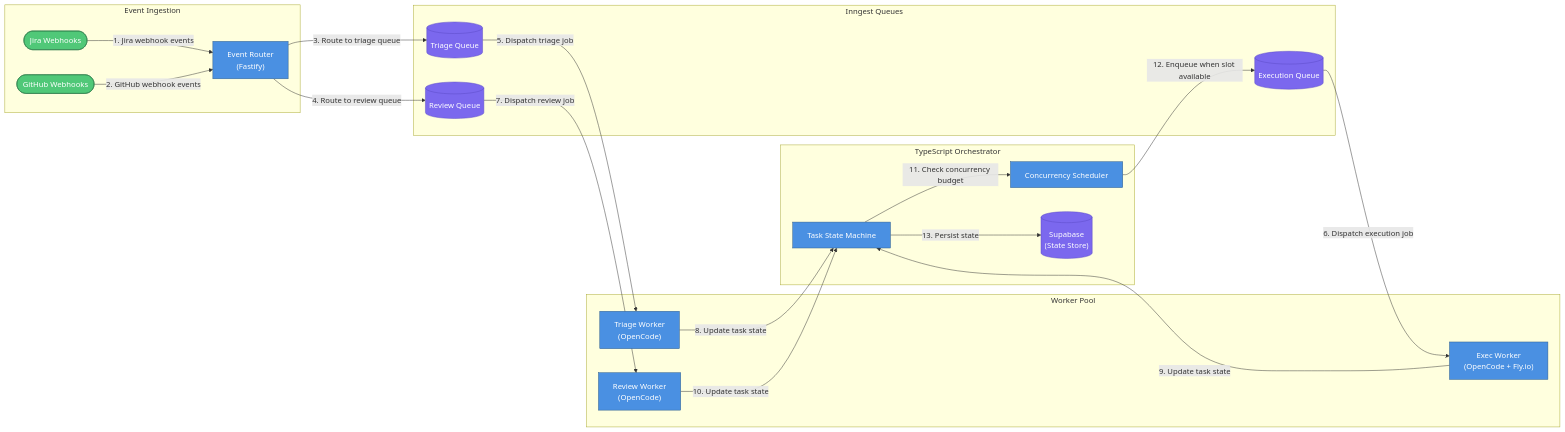
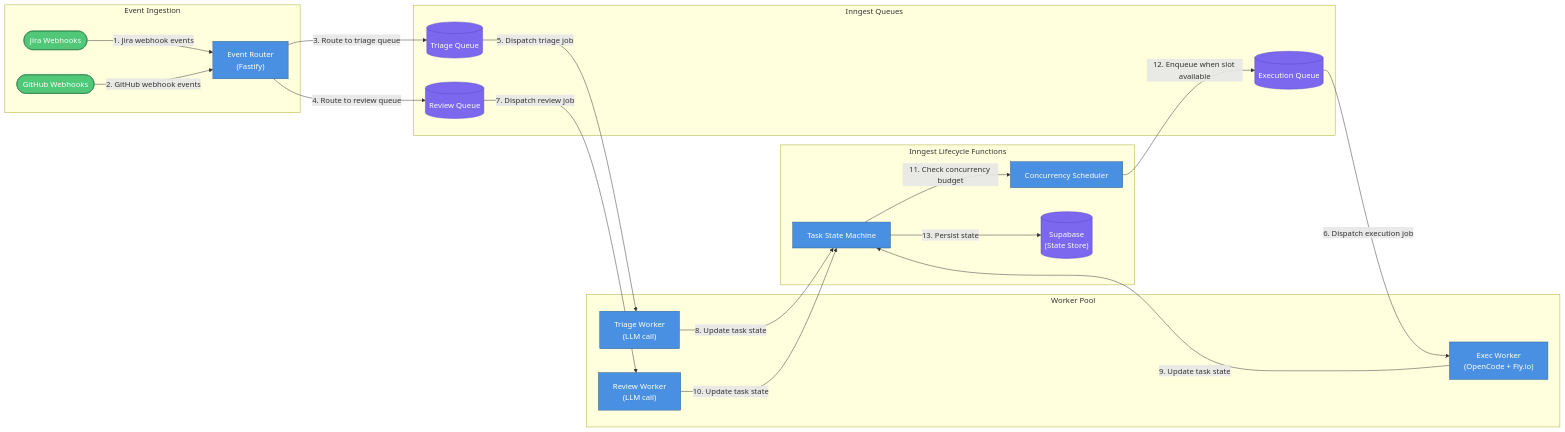
Before and after one commit to viiqswim/dozaldevs-ai-employee: the ninth of 15 diagrams in docs/2026-03-22-2317-ai-employee-architecture.md, drawn with Mermaid. The commit also changed other lines of this file, not shown here.

First line of the commit message:
docs: clarify orchestrator as Inngest step functions

````diff
--- a/docs/2026-03-22-2317-ai-employee-architecture.md
+++ b/docs/2026-03-22-2317-ai-employee-architecture.md
@@ -900,44 +900,44 @@
 ```mermaid
 graph LR
     subgraph Event Ingestion
         WH1(["Jira Webhooks"]):::event
         WH2(["GitHub Webhooks"]):::event
         ROUTER["Event Router\n(Fastify)"]:::service
     end
 
     subgraph Inngest Queues
         Q_TRIAGE[("Triage Queue")]:::storage
         Q_EXEC[("Execution Queue")]:::storage
         Q_REVIEW[("Review Queue")]:::storage
     end
 
-    subgraph TypeScript Orchestrator
+    subgraph Inngest Lifecycle Functions
         SM["Task State Machine"]:::service
         SCHED["Concurrency Scheduler"]:::service
         SUPABASE[("Supabase\n(State Store)")]:::storage
     end
 
     subgraph Worker Pool
-        T1["Triage Worker\n(OpenCode)"]:::service
+        T1["Triage Worker\n(LLM call)"]:::service
         E1["Exec Worker\n(OpenCode + Fly.io)"]:::service
-        R1["Review Worker\n(OpenCode)"]:::service
+        R1["Review Worker\n(LLM call)"]:::service
     end
 
     WH1 -->|"1. Jira webhook events"| ROUTER
     WH2 -->|"2. GitHub webhook events"| ROUTER
     ROUTER -->|"3. Route to triage queue"| Q_TRIAGE
     ROUTER -->|"4. Route to review queue"| Q_REVIEW
     Q_TRIAGE -->|"5. Dispatch triage job"| T1
     Q_EXEC -->|"6. Dispatch execution job"| E1
     Q_REVIEW -->|"7. Dispatch review job"| R1
     T1 -->|"8. Update task state"| SM
     E1 -->|"9. Update task state"| SM
     R1 -->|"10. Update task state"| SM
     SM -->|"11. Check concurrency budget"| SCHED
     SCHED -->|"12. Enqueue when slot available"| Q_EXEC
     SM -->|"13. Persist state"| SUPABASE
 
     classDef service fill:#4A90E2,stroke:#2E5C8A,color:#fff
     classDef storage fill:#7B68EE,stroke:#5B4BC7,color:#fff
     classDef event fill:#50C878,stroke:#2D7A4A,color:#fff
 ```
````
